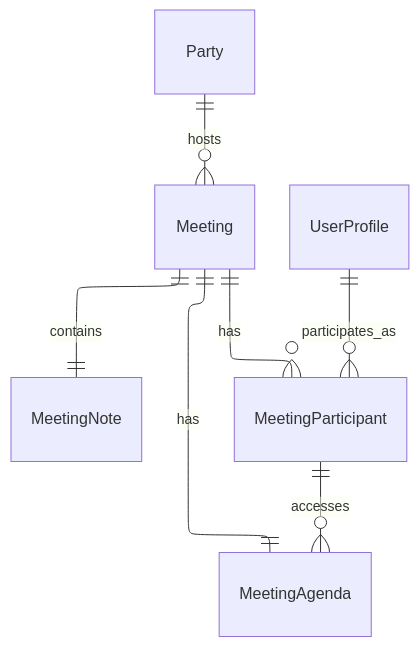
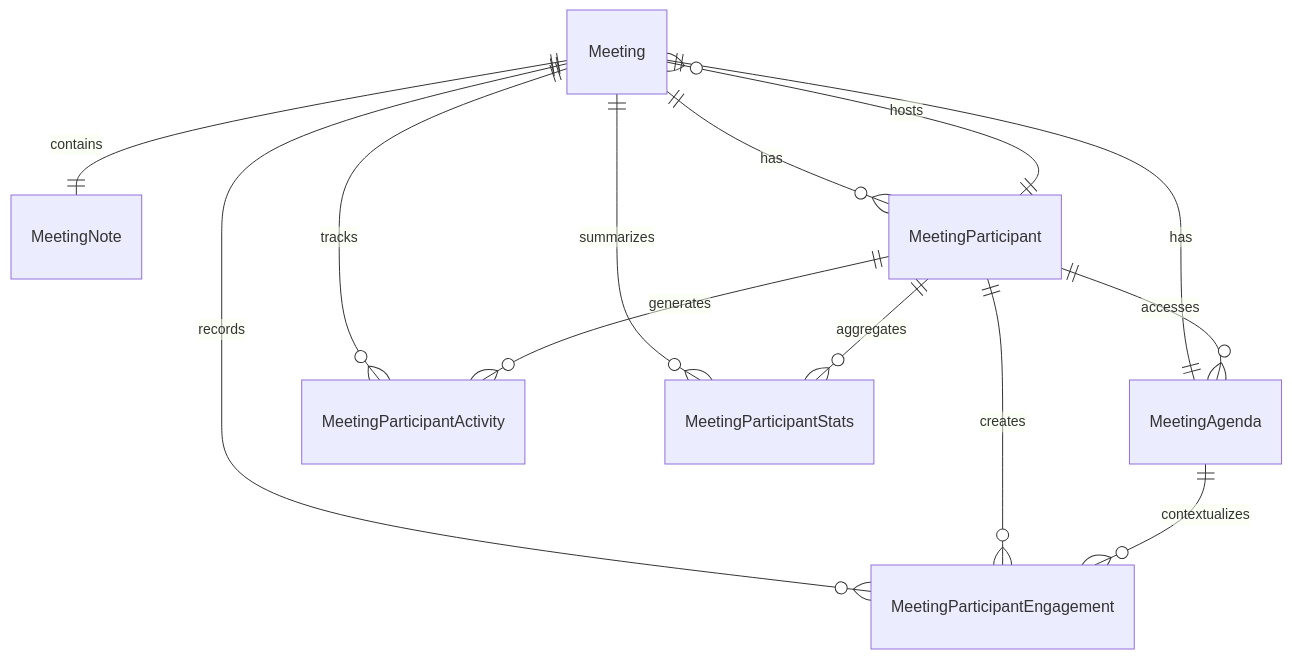
One commit to FA25SE050-RogueLearn/RogueLearn.BMAD.Documentation changed the diagram in mermaid-diagrams/erd/meeting-service-erd.md. Above: the diagram before and after it, drawn with Mermaid. The commit also changed other lines of this file and 7 other files, not shown here.

Commit message:
feat: update database schema for Quests and User academic related tables

````diff
--- a/mermaid-diagrams/erd/meeting-service-erd.md
+++ b/mermaid-diagrams/erd/meeting-service-erd.md
@@ -5,13 +5,15 @@
 ```mermaid
----
-config:
-  layout: elk
----
 erDiagram
     Meeting ||--|| MeetingAgenda : has
     Meeting ||--|| MeetingNote : contains
-    Party ||--o{ Meeting : hosts
-    UserProfile ||--o{ MeetingParticipant : participates_as
     Meeting ||--o{ MeetingParticipant : has
+    MeetingParticipant ||--o{ Meeting : hosts
     MeetingParticipant ||--o{ MeetingAgenda : accesses
+    Meeting ||--o{ MeetingParticipantActivity : tracks
+    Meeting ||--o{ MeetingParticipantEngagement : records
+    Meeting ||--o{ MeetingParticipantStats : summarizes
+    MeetingParticipant ||--o{ MeetingParticipantActivity : generates
+    MeetingParticipant ||--o{ MeetingParticipantEngagement : creates
+    MeetingParticipant ||--o{ MeetingParticipantStats : aggregates
+    MeetingAgenda ||--o{ MeetingParticipantEngagement : contextualizes
 ```
````
